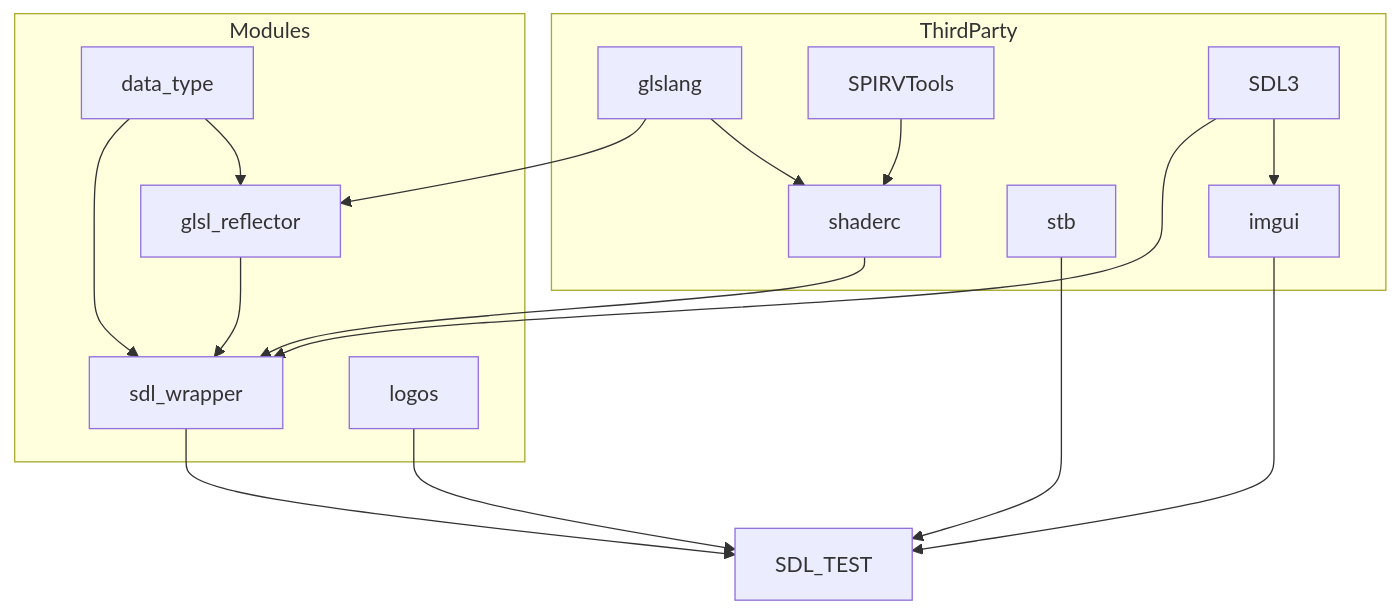
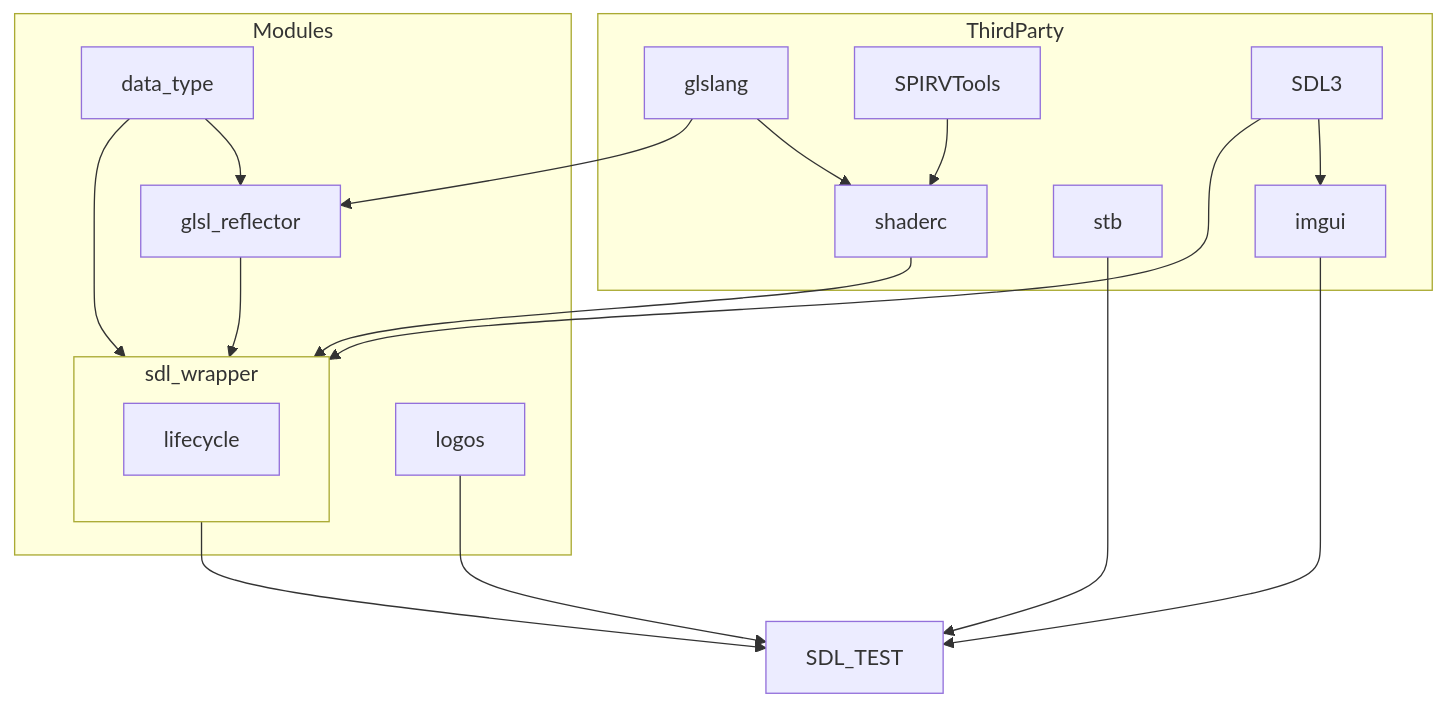
The diagram in README.md (WSQS/sdl_test), drawn with Mermaid before and after one commit.

Commit message:
doc: add lifecycle module in readme

````diff
--- a/README.md
+++ b/README.md
@@ -7,37 +7,41 @@
 ```mermaid
 graph TD
 
     subgraph ThirdParty
         glslang
         shaderc
         SPIRVTools
         SDL3
         stb
         imgui
     end
 
     subgraph Modules
         data_type
         glsl_reflector
         sdl_wrapper
         logos
+    end
+    
+    subgraph sdl_wrapper
+        lifecycle
     end
 
     glslang --> shaderc
     SPIRVTools --> shaderc
 
     SDL3 --> imgui
 
     glslang --> glsl_reflector
     data_type --> glsl_reflector
 
     shaderc --> sdl_wrapper
     SDL3 --> sdl_wrapper
     glsl_reflector --> sdl_wrapper
     data_type --> sdl_wrapper
     
     imgui --> SDL_TEST
     sdl_wrapper --> SDL_TEST
     stb --> SDL_TEST
     logos --> SDL_TEST
 ```
````
